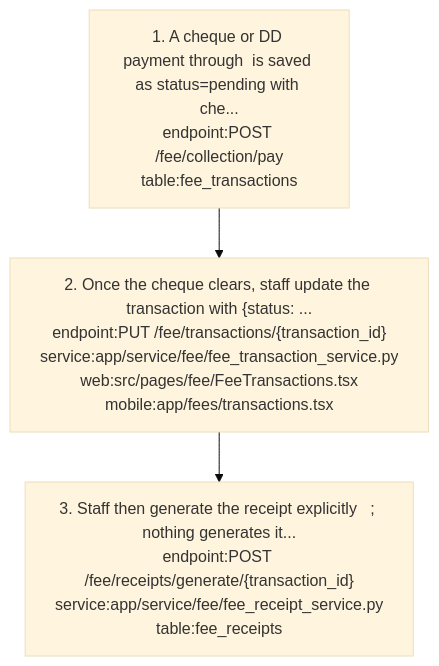
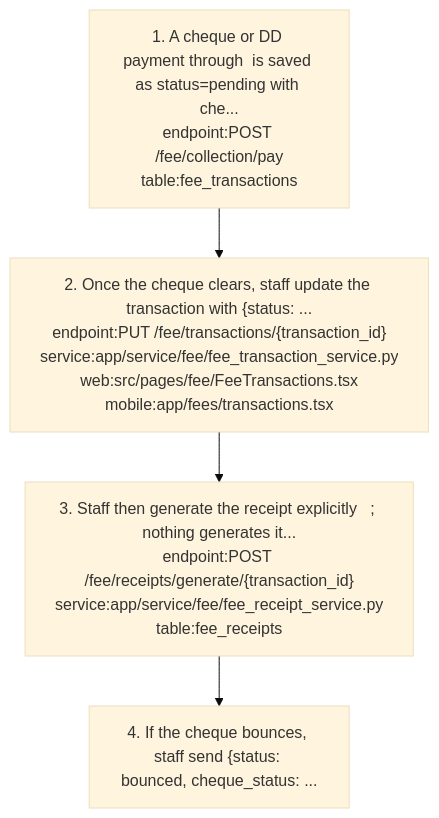
Before and after one commit to nerellasraj21/cos360_full_app: the fourth of 12 diagrams in docs/graph/views/fee.md, drawn with Mermaid (base theme). The commit also changed other lines of this file and 4 other files, not shown here.

````diff
--- a/docs/graph/views/fee.md
+++ b/docs/graph/views/fee.md
@@ -273,8 +274,10 @@
 ```mermaid
 flowchart TD
   s1["1. A cheque or DD payment through  is saved as status=pending with che...<br/>endpoint:POST /fee/collection/pay<br/>table:fee_transactions"]
   s2["2. Once the cheque clears, staff update the transaction with {status: ...<br/>endpoint:PUT /fee/transactions/{transaction_id}<br/>service:app/service/fee/fee_transaction_service.py<br/>web:src/pages/fee/FeeTransactions.tsx<br/>mobile:app/fees/transactions.tsx"]
   s1 --> s2
   s3["3. Staff then generate the receipt explicitly   ; nothing generates it...<br/>endpoint:POST /fee/receipts/generate/{transaction_id}<br/>service:app/service/fee/fee_receipt_service.py<br/>table:fee_receipts"]
   s2 --> s3
+  s4["4. If the cheque bounces, staff send {status: bounced, cheque_status: ..."]
+  s3 --> s4
 ```
````
